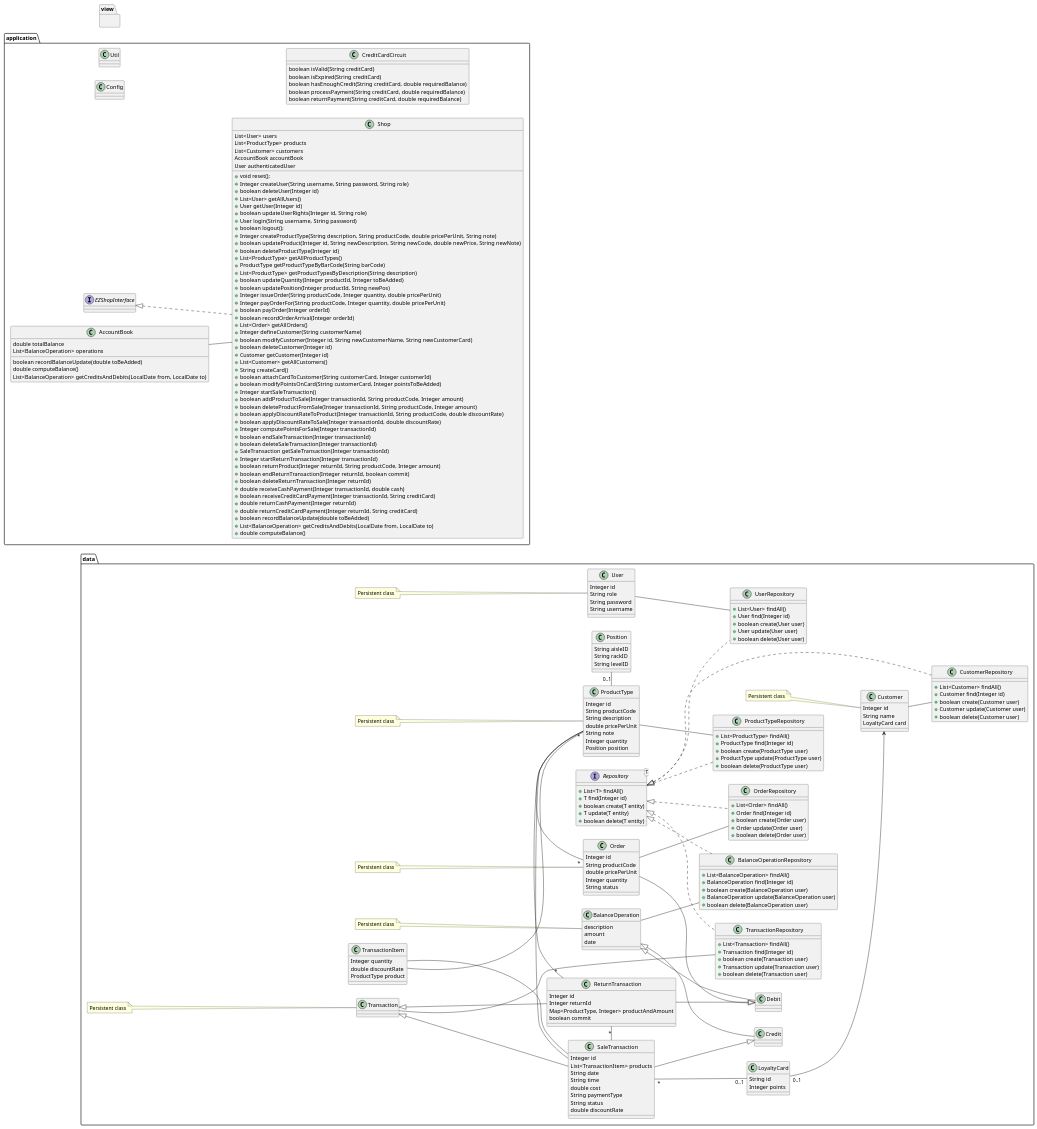
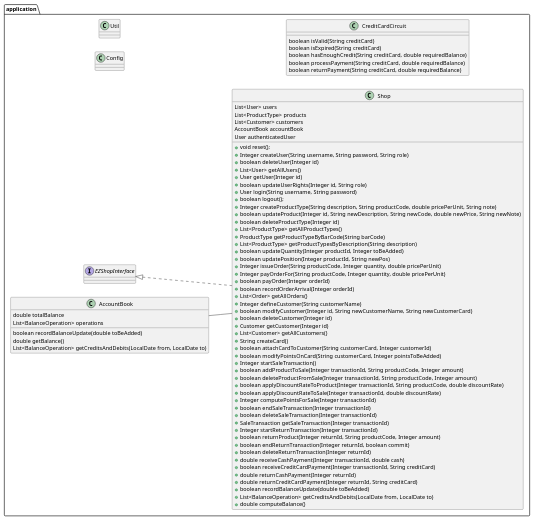
Before and after one commit to mspronesti/ezshop: the second of 11 diagrams in Deliverables/DesignDocument.md, drawn with PlantUML.

Commit message:
refactor: improve low-level model readability

````diff
--- a/Deliverables/DesignDocument.md
+++ b/Deliverables/DesignDocument.md
@@ -45,186 +43,6 @@
 ```plantuml
 @startuml
 left to right direction
-
-package data {
-
-    interface Repository<T> {
-        +List<T> findAll()
-        +T find(Integer id)
-        +boolean create(T entity)
-        +T update(T entity)
-        +boolean delete(T entity)
-    }
-
-    class User {
-        Integer id
-        String role
-        String password
-        String username
-    }
-    note left: Persistent class
-
-    class UserRepository implements Repository {
-        +List<User> findAll()
-        +User find(Integer id)
-        +boolean create(User user)
-        +User update(User user)
-        +boolean delete(User user)
-    }
-
-    User -- UserRepository
-
-    class Customer {
-        Integer id
-        String name
-        LoyaltyCard card
-    }
-    note left: Persistent class
-
-    class CustomerRepository implements Repository {
-        +List<Customer> findAll()
-        +Customer find(Integer id)
-        +boolean create(Customer user)
-        +Customer update(Customer user)
-        +boolean delete(Customer user)
-    }
-
-    Customer -- CustomerRepository
-
-    class BalanceOperation {
-        description
-        amount
-        date
-    }
-    note left: Persistent class
-
-    class Credit extends BalanceOperation {
-
-    }
-
-    class Debit extends BalanceOperation {
-
-    }
-
-    class BalanceOperationRepository implements Repository {
-        +List<BalanceOperation> findAll()
-        +BalanceOperation find(Integer id)
-        +boolean create(BalanceOperation user)
-        +BalanceOperation update(BalanceOperation user)
-        +boolean delete(BalanceOperation user)
-    }
-
-    BalanceOperation -- BalanceOperationRepository
-
-    class LoyaltyCard {
-        String id
-        Integer points
-    }
-
-    class Order {
-        Integer id
-        String productCode
-        double pricePerUnit
-        Integer quantity
-        String status
-    }
-    note left: Persistent class
-
-    class OrderRepository implements Repository {
-        +List<Order> findAll()
-        +Order find(Integer id)
-        +boolean create(Order user)
-        +Order update(Order user)
-        +boolean delete(Order user)
-    }
-
-    Order -- OrderRepository
-
-    class ProductType {
-        Integer id
-        String productCode
-        String description
-        double pricePerUnit
-        String note
-        Integer quantity
-        Position position
-    }
-    note left: Persistent class
-
-    class ProductTypeRepository implements Repository {
-        +List<ProductType> findAll()
-        +ProductType find(Integer id)
-        +boolean create(ProductType user)
-        +ProductType update(ProductType user)
-        +boolean delete(ProductType user)
-    }
-
-    ProductType -- ProductTypeRepository
-
-    class Position {
-        String aisleID
-        String rackID
-        String levelID
-    }
-
-    class Transaction {
-    }
-    note left: Persistent class
-
-    class TransactionRepository implements Repository {
-        +List<Transaction> findAll()
-        +Transaction find(Integer id)
-        +boolean create(Transaction user)
-        +Transaction update(Transaction user)
-        +boolean delete(Transaction user)
-    }
-
-    Transaction -- TransactionRepository
-
-    class ReturnTransaction extends Transaction {
-        Integer id
-        Integer returnId
-        Map<ProductType, Integer> productAndAmount
-        boolean commit
-    }
-
-    class TransactionItem {
-        Integer quantity
-        double discountRate
-        ProductType product
-    }
-
-    class SaleTransaction extends Transaction {
-        Integer id
-        List<TransactionItem> products
-        String date
-        String time
-        double cost
-        String paymentType
-        String status
-        double discountRate
-    }
-
-    Order --|> Debit
-    Order "*" - ProductType
-
-    SaleTransaction - "*" ProductType
-
-    LoyaltyCard "0..1" --> Customer
-
-    SaleTransaction "*" -- "0..1" LoyaltyCard
-
-    ProductType - "0..1" Position
-
-    ReturnTransaction "*" - SaleTransaction
-    ReturnTransaction "*" - ProductType
-
-    TransactionItem -- SaleTransaction
-    TransactionItem -- ProductType
-
-    SaleTransaction --|> Credit
-    ReturnTransaction --|> Debit
-}
 
 package application {
 
@@ -294,7 +112,7 @@
         List<BalanceOperation> operations
 
         boolean recordBalanceUpdate(double toBeAdded)
-        double computeBalance()
+        double getBalance()
         List<BalanceOperation> getCreditsAndDebits(LocalDate from, LocalDate to)
     }
     
@@ -317,10 +135,5 @@
         boolean returnPayment(String creditCard, double requiredBalance)
     }
 }
-
-package view {
-
-}
 @enduml
-
 ```
````
